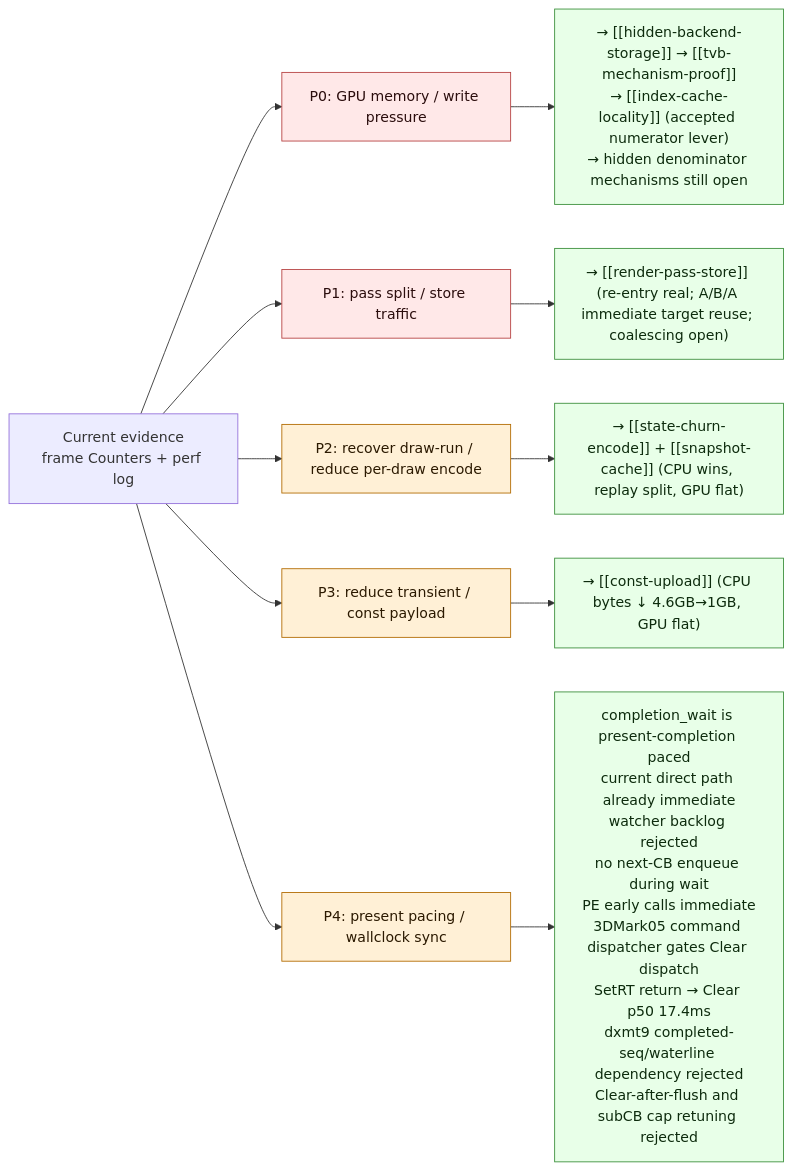
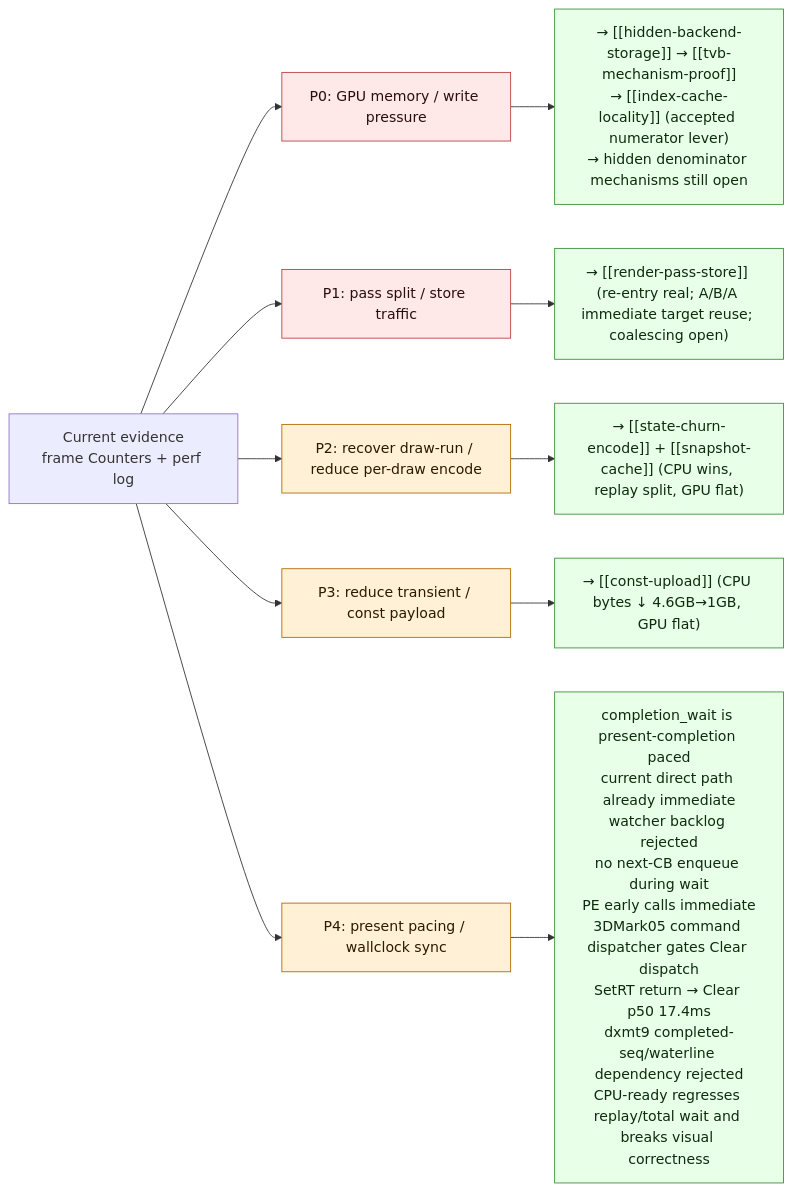
The second of 3 diagrams in docs/perfomance/overview-3dmark05-gt1.md (dfdgsdfg/dxmt9), drawn with Mermaid before and after one commit. The commit also changed other lines of this file and 7 other files, not shown here.

First line of the commit message:
Implement CPU-ready run-ahead staging

````diff
--- a/docs/perfomance/overview-3dmark05-gt1.md
+++ b/docs/perfomance/overview-3dmark05-gt1.md
@@ -587,21 +587,21 @@
 ```mermaid
 flowchart LR
   Start["Current evidence\nframe Counters + perf log"] --> P0["P0: GPU memory / write pressure"]
   Start --> P1["P1: pass split / store traffic"]
   Start --> P2["P2: recover draw-run / reduce per-draw encode"]
   Start --> P3["P3: reduce transient / const payload"]
   Start --> P4["P4: present pacing / wallclock sync"]
 
   P0 --> P0r["→ [[hidden-backend-storage]] → [[tvb-mechanism-proof]]\n→ [[index-cache-locality]] (accepted numerator lever)\n→ hidden denominator mechanisms still open"]
   P1 --> P1r["→ [[render-pass-store]] (re-entry real; A/B/A immediate target reuse; coalescing open)"]
   P2 --> P2r["→ [[state-churn-encode]] + [[snapshot-cache]] (CPU wins, replay split, GPU flat)"]
   P3 --> P3r["→ [[const-upload]] (CPU bytes ↓ 4.6GB→1GB, GPU flat)"]
-  P4 --> P4r["completion_wait is present-completion paced\ncurrent direct path already immediate\nwatcher backlog rejected\nno next-CB enqueue during wait\nPE early calls immediate\n3DMark05 command dispatcher gates Clear dispatch\nSetRT return → Clear p50 17.4ms\ndxmt9 completed-seq/waterline dependency rejected\nClear-after-flush and subCB cap retuning rejected"]
+  P4 --> P4r["completion_wait is present-completion paced\ncurrent direct path already immediate\nwatcher backlog rejected\nno next-CB enqueue during wait\nPE early calls immediate\n3DMark05 command dispatcher gates Clear dispatch\nSetRT return → Clear p50 17.4ms\ndxmt9 completed-seq/waterline dependency rejected\nCPU-ready regresses replay/total wait and breaks visual correctness"]
 
   classDef p0 fill:#ffe8e8,stroke:#b64242,color:#2b0d0d
   classDef p1 fill:#fff0d6,stroke:#b26b00,color:#2b1900
   classDef act fill:#e8ffe8,stroke:#3c8f3c,color:#0d2b0d
   class P0,P1 p0
   class P2,P3,P4 p1
   class P0r,P1r,P2r,P3r,P4r act
 ```
````
